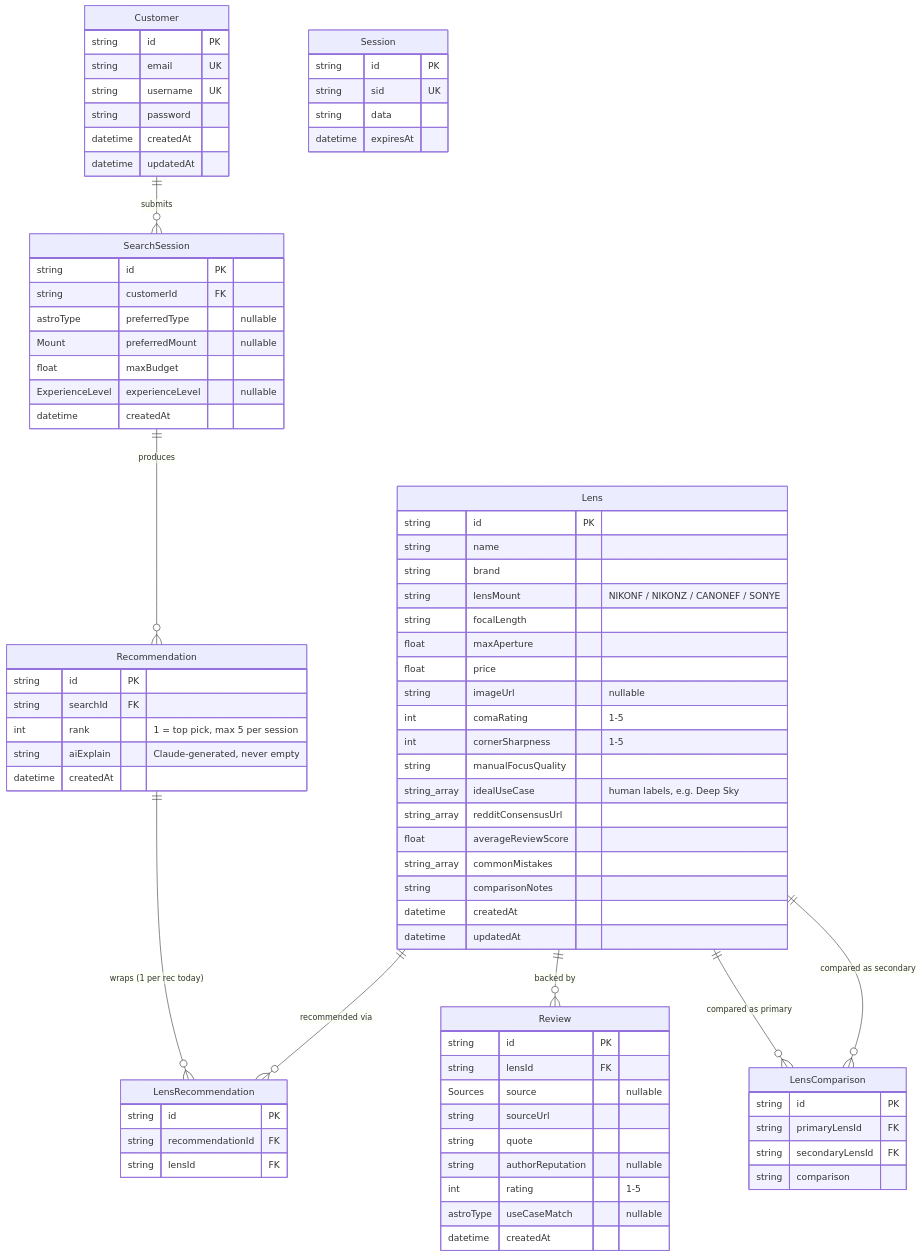
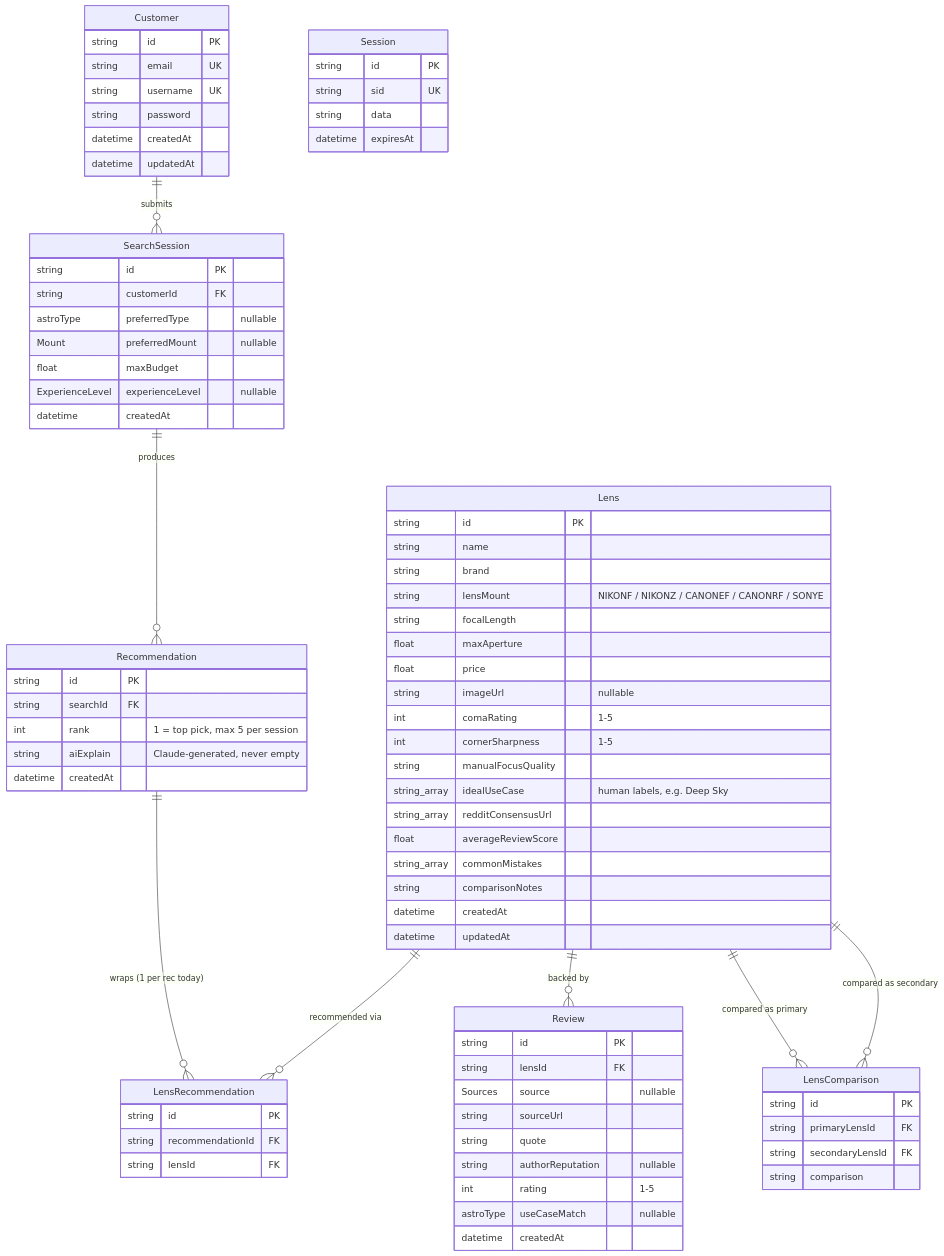
One commit to amxza/FocusFinder changed the diagram in focusproj/docs/database-schema.md. Above: the diagram before and after it, drawn with Mermaid. The commit also changed 13 other files, not shown here.

```diff
--- a/focusproj/docs/database-schema.md
+++ b/focusproj/docs/database-schema.md
@@ -49,7 +49,7 @@
         string id PK
         string name
         string brand
-        string lensMount "NIKONF / NIKONZ / CANONEF / SONYE"
+        string lensMount "NIKONF / NIKONZ / CANONEF / CANONRF / SONYE"
         string focalLength
         float maxAperture
         float price
```
